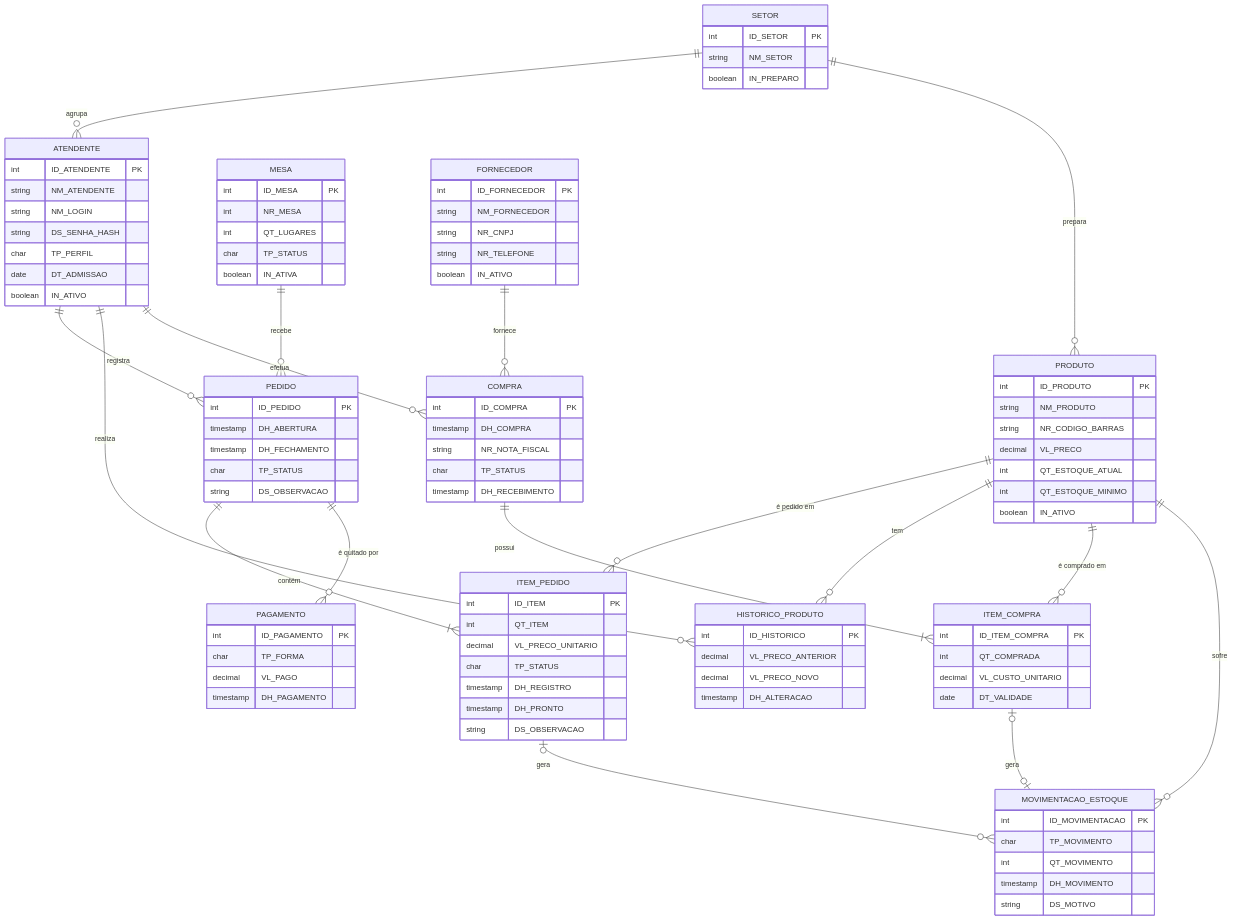
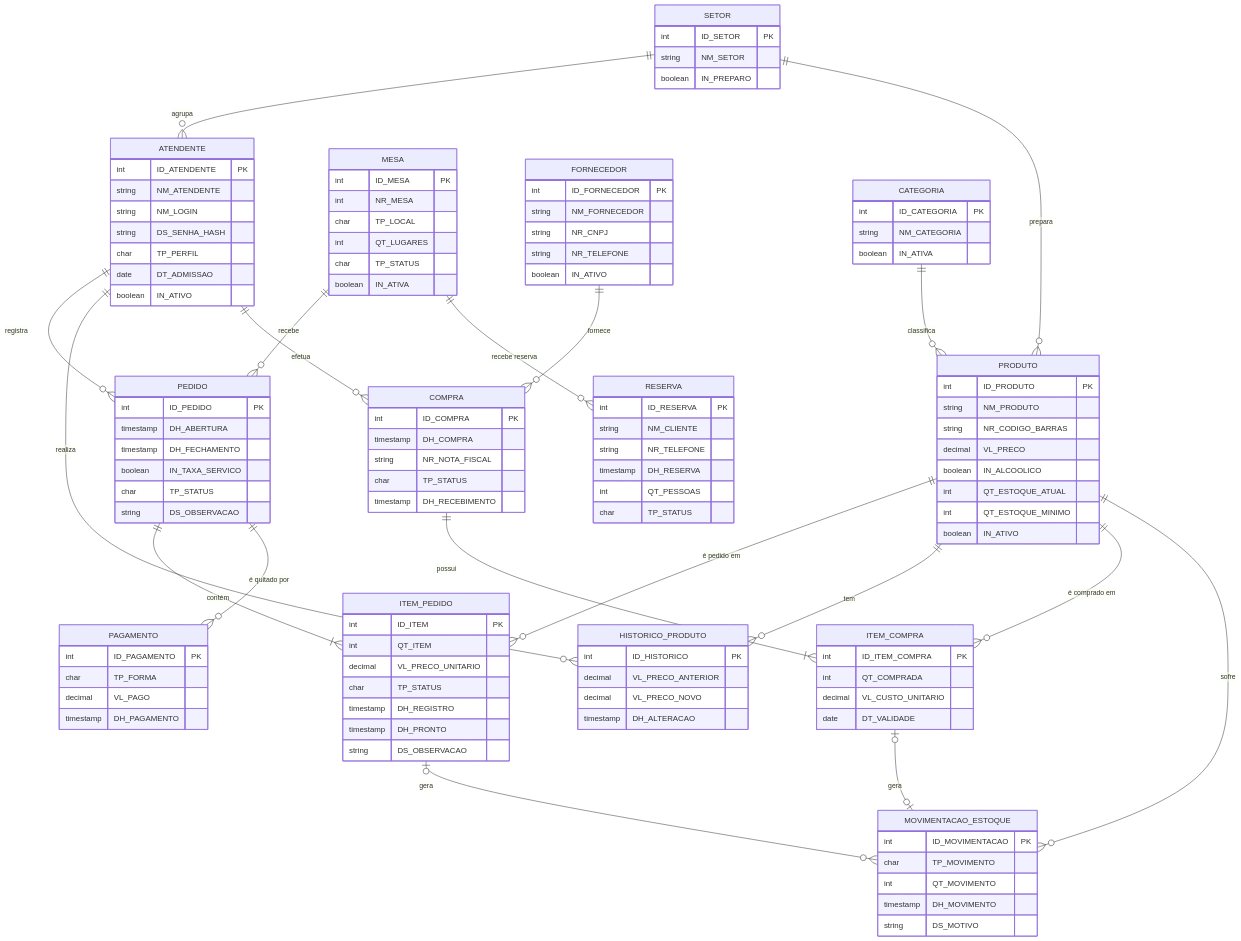
The third of 3 diagrams in README.md (Victin7/modelagem-dados), drawn with Mermaid before and after one commit. The commit also changed other lines of this file, not shown here.

```diff
--- a/README.md
+++ b/README.md
@@ -571,6 +634,8 @@
     PRODUTO ||--o{ MOVIMENTACAO_ESTOQUE : "sofre"
     ITEM_PEDIDO |o--o{ MOVIMENTACAO_ESTOQUE : "gera"
     ITEM_COMPRA |o--o| MOVIMENTACAO_ESTOQUE : "gera"
+    MESA ||--o{ RESERVA : "recebe reserva"
+    CATEGORIA ||--o{ PRODUTO : "classifica"
 
     SETOR {
         int ID_SETOR PK
@@ -589,6 +654,7 @@
     MESA {
         int ID_MESA PK
         int NR_MESA
+        char TP_LOCAL
         int QT_LUGARES
         char TP_STATUS
         boolean IN_ATIVA
@@ -598,6 +664,7 @@
         string NM_PRODUTO
         string NR_CODIGO_BARRAS
         decimal VL_PRECO
+        boolean IN_ALCOOLICO
         int QT_ESTOQUE_ATUAL
         int QT_ESTOQUE_MINIMO
         boolean IN_ATIVO
@@ -612,6 +679,7 @@
         int ID_PEDIDO PK
         timestamp DH_ABERTURA
         timestamp DH_FECHAMENTO
+        boolean IN_TAXA_SERVICO
         char TP_STATUS
         string DS_OBSERVACAO
     }
@@ -623,6 +691,19 @@
         timestamp DH_REGISTRO
         timestamp DH_PRONTO
         string DS_OBSERVACAO
+    }
+    CATEGORIA {
+        int ID_CATEGORIA PK
+        string NM_CATEGORIA
+        boolean IN_ATIVA
+    }
+    RESERVA {
+        int ID_RESERVA PK
+        string NM_CLIENTE
+        string NR_TELEFONE
+        timestamp DH_RESERVA
+        int QT_PESSOAS
+        char TP_STATUS
     }
     PAGAMENTO {
         int ID_PAGAMENTO PK
```
